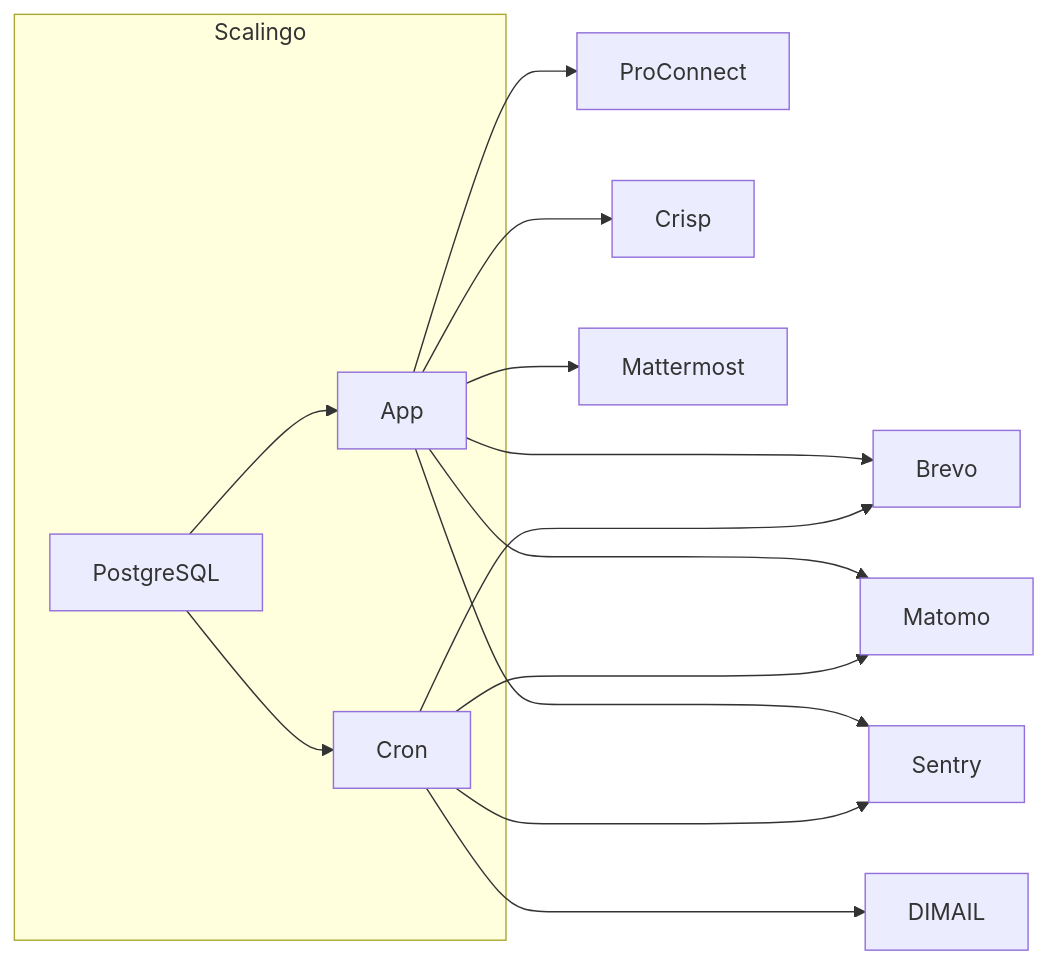
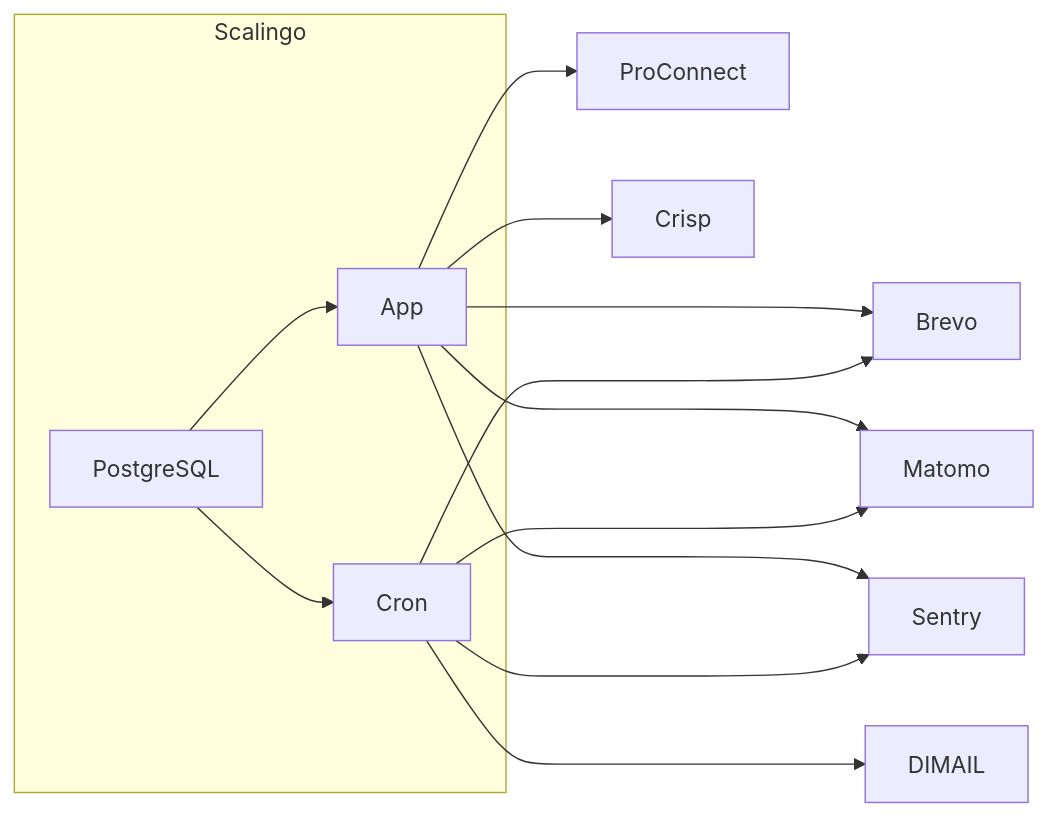
The second of 2 diagrams in repos/betagouv/espace-membre-next/README.md (betagouv/gitscan), drawn with Mermaid before and after one commit. The commit also changed other lines of this file and 6 other files, not shown here.

````diff
--- a/repos/betagouv/espace-membre-next/README.md
+++ b/repos/betagouv/espace-membre-next/README.md
@@ -206,21 +114,20 @@
 ```mermaid
 graph LR
 
 subgraph Scalingo
 PostgreSQL-->App
 PostgreSQL-->Cron
 end
 
 App-->ProConnect
 App-->Crisp
 App-->Brevo
 App-->Matomo
 App-->Sentry
-App-->Mattermost
 
 
 Cron--->Brevo
 Cron--->DIMAIL
 Cron--->Matomo
 Cron--->Sentry
 ```
````
